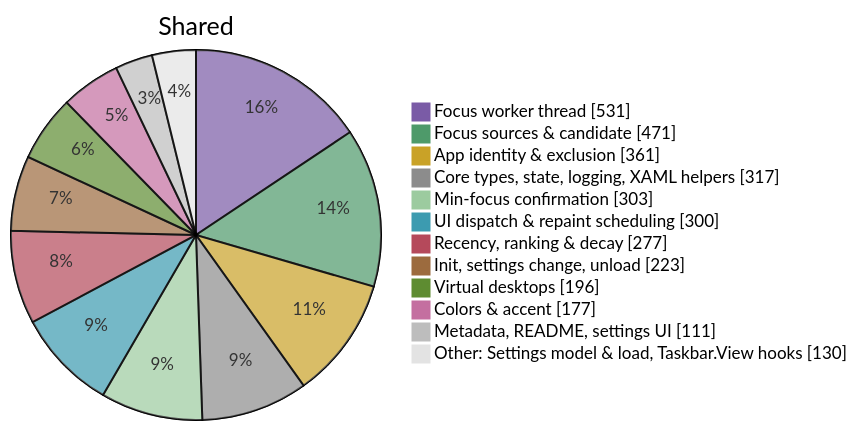
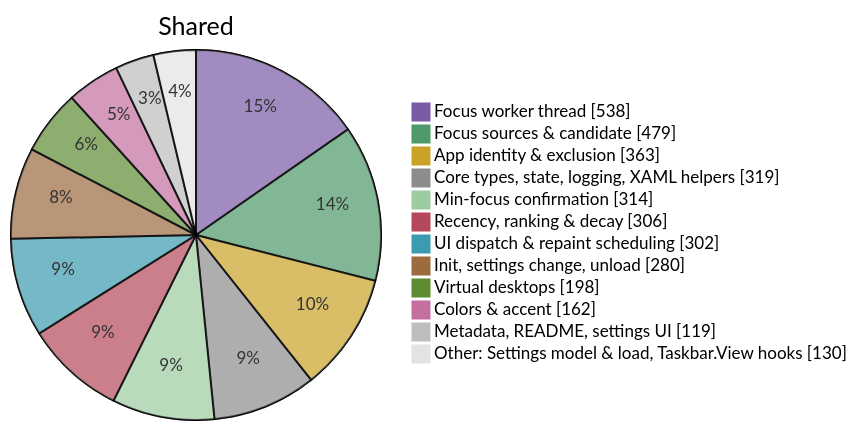
Before and after one commit to jvlasek/taskbar-recent-focus-highlight: the fourth of 5 diagrams in doc/code/code-breakdown.md, drawn with Mermaid. The commit also changed other lines of this file and 13 other files, not shown here.

````diff
--- a/doc/code/code-breakdown.md
+++ b/doc/code/code-breakdown.md
@@ -134,16 +134,16 @@
 ```mermaid
-%%{init: {"themeVariables": {"pie1": "#7A5BA6", "pie2": "#4E9A6A", "pie3": "#C9A227", "pie4": "#8C8C8C", "pie5": "#9CCB9F", "pie6": "#3C9BB0", "pie7": "#B5495B", "pie8": "#9C6B3E", "pie9": "#5E8C31", "pie10": "#C46FA0", "pie11": "#BDBDBD", "pie12": "#E3E3E3", "pieOuterStrokeWidth": "1px"}}}%%
+%%{init: {"themeVariables": {"pie1": "#7A5BA6", "pie2": "#4E9A6A", "pie3": "#C9A227", "pie4": "#8C8C8C", "pie5": "#9CCB9F", "pie6": "#B5495B", "pie7": "#3C9BB0", "pie8": "#9C6B3E", "pie9": "#5E8C31", "pie10": "#C46FA0", "pie11": "#BDBDBD", "pie12": "#E3E3E3", "pieOuterStrokeWidth": "1px"}}}%%
 pie showData title Shared
-    "Focus worker thread" : 531
-    "Focus sources & candidate" : 471
-    "App identity & exclusion" : 361
-    "Core types, state, logging, XAML helpers" : 317
-    "Min-focus confirmation" : 303
-    "UI dispatch & repaint scheduling" : 300
-    "Recency, ranking & decay" : 277
-    "Init, settings change, unload" : 223
-    "Virtual desktops" : 196
-    "Colors & accent" : 177
-    "Metadata, README, settings UI" : 111
+    "Focus worker thread" : 538
+    "Focus sources & candidate" : 479
+    "App identity & exclusion" : 363
+    "Core types, state, logging, XAML helpers" : 319
+    "Min-focus confirmation" : 314
+    "Recency, ranking & decay" : 306
+    "UI dispatch & repaint scheduling" : 302
+    "Init, settings change, unload" : 280
+    "Virtual desktops" : 198
+    "Colors & accent" : 162
+    "Metadata, README, settings UI" : 119
     "Other: Settings model & load, Taskbar.View hooks" : 130
 ```
````
